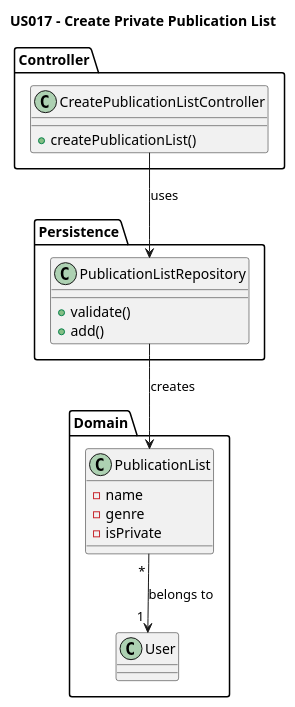
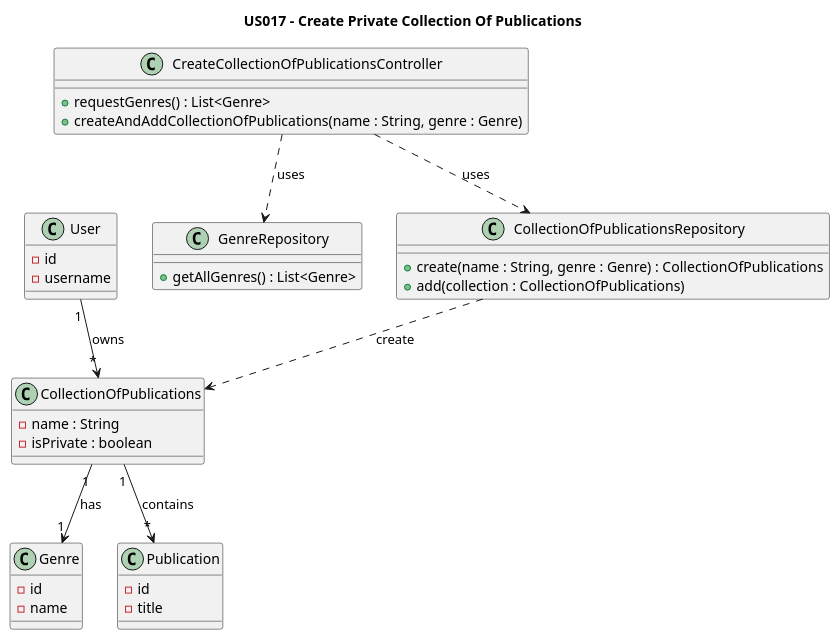
One commit to AndrePereiraGitH/SWitCH-Project-Team_A changed the diagram in Diagrams/ClassDiagrams/US017-to-create-private-publication-list.puml. Above: the diagram before and after it, drawn with PlantUML. The commit also changed 5 other files, not shown here.

Commit message:
#88 #89 and #92 #94: update SSD (N1), sequence (N2) and class diagrams

```diff
--- a/Diagrams/ClassDiagrams/US017-to-create-private-publication-list.puml
+++ b/Diagrams/ClassDiagrams/US017-to-create-private-publication-list.puml
@@ -1,33 +1,63 @@
 @startuml
-title US017 - Create Private Publication List
+title US017 - Create Private Collection Of Publications
 
-package "Controller" {
-  class CreatePublicationListController {
-    +createPublicationList()
-  }
+' ======================
+' DOMAIN
+' ======================
+
+class User {
+  -id
+  -username
 }
 
-package "Persistence" {
-  class PublicationListRepository {
-    +validate()
-    +add()
-  }
+class CollectionOfPublications {
+  -name : String
+  -isPrivate : boolean
 }
 
-package "Domain" {
-  class PublicationList {
-    -name
-    -genre
-    -isPrivate
-  }
+class Genre {
+  -id
+  -name
+}
 
-  class User
+class Publication {
+  -id
+  -title
+}
 
-CreatePublicationListController --> PublicationListRepository : uses
+User "1" --> "*" CollectionOfPublications : owns
+CollectionOfPublications "1" --> "1" Genre : has
+CollectionOfPublications "1" --> "*" Publication : contains
 
-PublicationListRepository --> PublicationList : creates
+' ======================
+' APPLICATION
+' ======================
 
-PublicationList " * " --> "1 " User : belongs to
+class CreateCollectionOfPublicationsController {
+  +requestGenres() : List<Genre>
+  +createAndAddCollectionOfPublications(name : String, genre : Genre)
+}
 
+' ======================
+' PERSISTENCE
+' ======================
+
+class GenreRepository {
+  +getAllGenres() : List<Genre>
+}
+
+class CollectionOfPublicationsRepository {
+  +create(name : String, genre : Genre) : CollectionOfPublications
+  +add(collection : CollectionOfPublications)
+}
+
+' ======================
+' DEPENDENCIES (FROM SEQUENCE)
+' ======================
+
+CreateCollectionOfPublicationsController ..> GenreRepository : uses
+CreateCollectionOfPublicationsController ..> CollectionOfPublicationsRepository : uses
+
+CollectionOfPublicationsRepository ..> CollectionOfPublications : create
 
 @enduml
```
